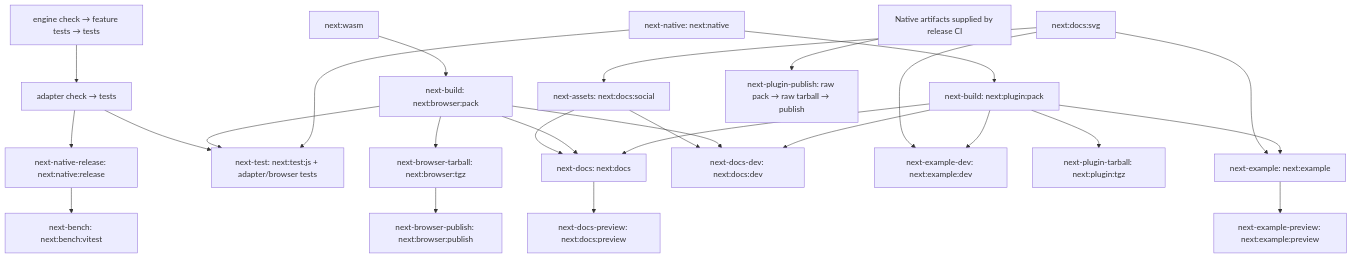
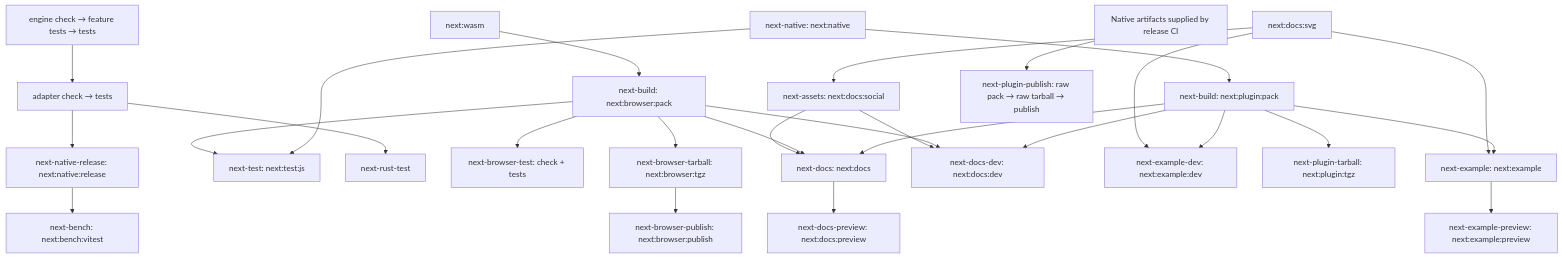
One commit to atlowChemi/vite-svg-2-webfont changed the second of 2 diagrams in CONTRIBUTING.md. Above: the diagram before and after it, drawn with Mermaid. The commit also changed other lines of this file and 17 other files, not shown here.

````diff
--- a/CONTRIBUTING.md
+++ b/CONTRIBUTING.md
@@ -87,28 +86,29 @@
 ```mermaid
 flowchart TD
     engine["engine check → feature tests → tests"] --> adapter["adapter check → tests"]
     adapter --> release["next-native-release: next:native:release"]
     release --> bench["next-bench: next:bench:vitest"]
     native["next-native: next:native"] --> plugin["next-build: next:plugin:pack"]
     wasm["next:wasm"] --> browser["next-build: next:browser:pack"]
     svg["next:docs:svg"] --> social["next-assets: next:docs:social"]
-    native --> tests["next-test: next:test:js + adapter/browser tests"]
+    native --> tests["next-test: next:test:js"]
     browser --> tests
-    adapter --> tests
+    adapter --> rusttests["next-rust-test"]
+    browser --> browsertests["next-browser-test: check + tests"]
     plugin --> docs["next-docs: next:docs"]
     browser --> docs
     social --> docs
     plugin --> example["next-example: next:example"]
     svg --> example
     plugin --> docsdev["next-docs-dev: next:docs:dev"]
     browser --> docsdev
     social --> docsdev
     plugin --> exampledev["next-example-dev: next:example:dev"]
     svg --> exampledev
     docs --> docspreview["next-docs-preview: next:docs:preview"]
     example --> examplepreview["next-example-preview: next:example:preview"]
     plugin --> plugintar["next-plugin-tarball: next:plugin:tgz"]
     browser --> browsertar["next-browser-tarball: next:browser:tgz"]
     browsertar --> browserpublish["next-browser-publish: next:browser:publish"]
     supplied["Native artifacts supplied by release CI"] --> pluginpublish["next-plugin-publish: raw pack → raw tarball → publish"]
 ```
````
